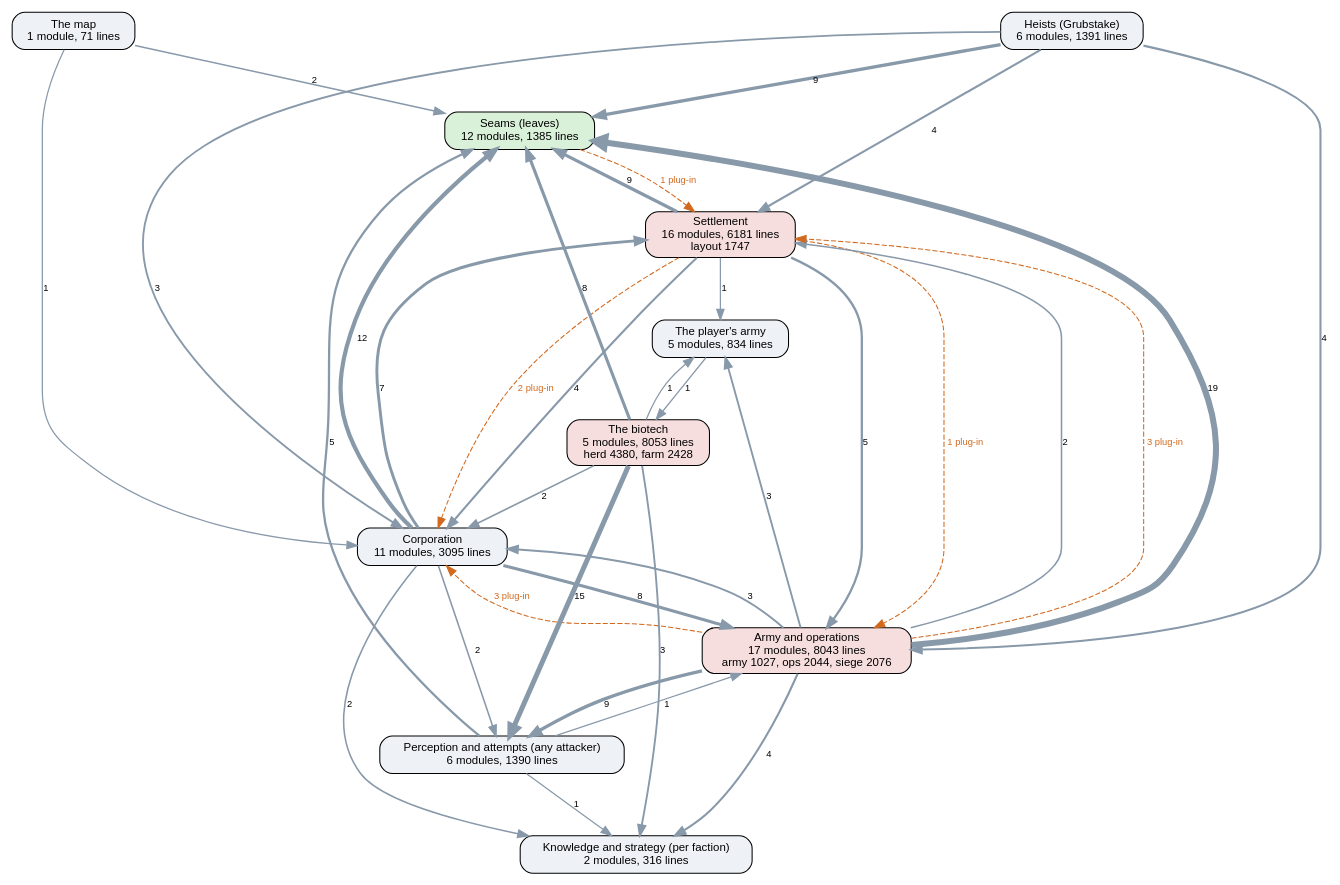
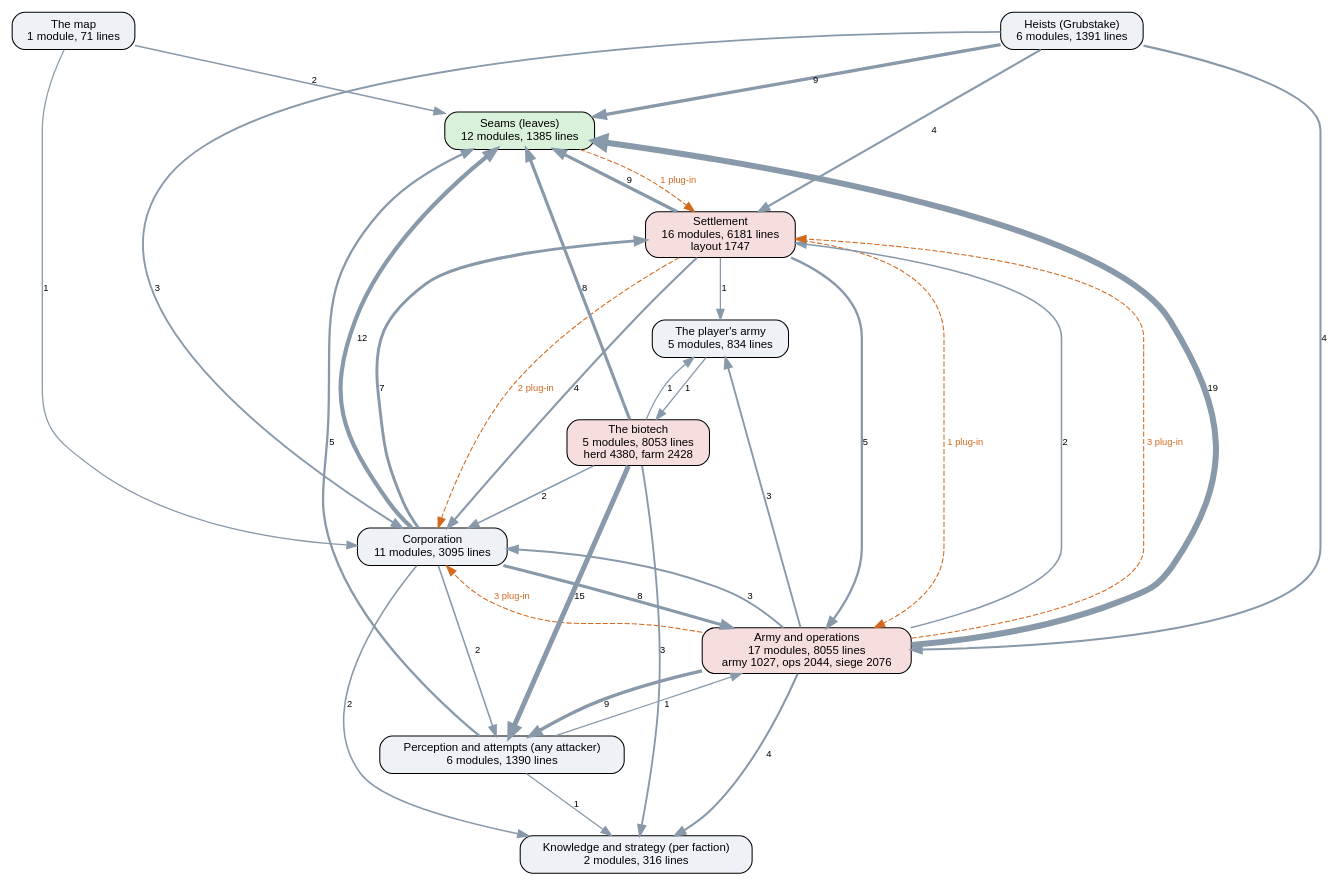
Before and after one commit to kinelhu/landing-party: the diagram in docs/ai-layers.dot, drawn with Graphviz. The commit also changed 11 other files, not shown here.

```diff
--- a/docs/ai-layers.dot
+++ b/docs/ai-layers.dot
@@ -1,50 +1,50 @@
 digraph layers {
   graph [rankdir=TB, fontname="Helvetica", nodesep=0.5, ranksep=0.7];
   node [shape=box, style="rounded,filled", fontname="Helvetica", fontsize=11, fillcolor="#eef2f7"];
   edge [color="#8899aa", fontname="Helvetica", fontsize=9];
   "Seams (leaves)" [label="Seams (leaves)\n12 modules, 1385 lines", fillcolor="#d9f0d9"];
   "Perception and attempts (any attacker)" [label="Perception and attempts (any attacker)\n6 modules, 1390 lines", fillcolor="#eef2f7"];
   "Knowledge and strategy (per faction)" [label="Knowledge and strategy (per faction)\n2 modules, 316 lines", fillcolor="#eef2f7"];
   "Corporation" [label="Corporation\n11 modules, 3095 lines", fillcolor="#eef2f7"];
   "Settlement" [label="Settlement\n16 modules, 6181 lines\nlayout 1747", fillcolor="#f7dede"];
-  "Army and operations" [label="Army and operations\n17 modules, 8043 lines\narmy 1027, ops 2044, siege 2076", fillcolor="#f7dede"];
+  "Army and operations" [label="Army and operations\n17 modules, 8055 lines\narmy 1027, ops 2044, siege 2076", fillcolor="#f7dede"];
   "Heists (Grubstake)" [label="Heists (Grubstake)\n6 modules, 1391 lines", fillcolor="#eef2f7"];
   "The biotech" [label="The biotech\n5 modules, 8053 lines\nherd 4380, farm 2428", fillcolor="#f7dede"];
   "The map" [label="The map\n1 module, 71 lines", fillcolor="#eef2f7"];
   "The player's army" [label="The player's army\n5 modules, 834 lines", fillcolor="#eef2f7"];
   "Army and operations" -> "Corporation" [label="3", penwidth=1.8];
   "Army and operations" -> "Knowledge and strategy (per faction)" [label="4", penwidth=2.0];
   "Army and operations" -> "Perception and attempts (any attacker)" [label="9", penwidth=3.2];
   "Army and operations" -> "Seams (leaves)" [label="19", penwidth=5.8];
   "Army and operations" -> "Settlement" [label="2", penwidth=1.5];
   "Army and operations" -> "The player's army" [label="3", penwidth=1.8];
   "Corporation" -> "Army and operations" [label="8", penwidth=3.0];
   "Corporation" -> "Knowledge and strategy (per faction)" [label="2", penwidth=1.5];
   "Corporation" -> "Perception and attempts (any attacker)" [label="2", penwidth=1.5];
   "Corporation" -> "Seams (leaves)" [label="12", penwidth=4.0];
   "Corporation" -> "Settlement" [label="7", penwidth=2.8];
   "Heists (Grubstake)" -> "Army and operations" [label="4", penwidth=2.0];
   "Heists (Grubstake)" -> "Corporation" [label="3", penwidth=1.8];
   "Heists (Grubstake)" -> "Seams (leaves)" [label="9", penwidth=3.2];
   "Heists (Grubstake)" -> "Settlement" [label="4", penwidth=2.0];
   "Perception and attempts (any attacker)" -> "Army and operations" [label="1", penwidth=1.2];
   "Perception and attempts (any attacker)" -> "Knowledge and strategy (per faction)" [label="1", penwidth=1.2];
   "Perception and attempts (any attacker)" -> "Seams (leaves)" [label="5", penwidth=2.2];
   "Settlement" -> "Army and operations" [label="5", penwidth=2.2];
   "Settlement" -> "Corporation" [label="4", penwidth=2.0];
   "Settlement" -> "Seams (leaves)" [label="9", penwidth=3.2];
   "Settlement" -> "The player's army" [label="1", penwidth=1.2];
   "The biotech" -> "Corporation" [label="2", penwidth=1.5];
   "The biotech" -> "Knowledge and strategy (per faction)" [label="3", penwidth=1.8];
   "The biotech" -> "Perception and attempts (any attacker)" [label="15", penwidth=4.8];
   "The biotech" -> "Seams (leaves)" [label="8", penwidth=3.0];
   "The biotech" -> "The player's army" [label="1", penwidth=1.2];
   "The map" -> "Corporation" [label="1", penwidth=1.2];
   "The map" -> "Seams (leaves)" [label="2", penwidth=1.5];
   "The player's army" -> "The biotech" [label="1", penwidth=1.2];
   "Army and operations" -> "Corporation" [style=dashed, color="#d2691e", fontcolor="#d2691e", label="3 plug-in"];
   "Army and operations" -> "Settlement" [style=dashed, color="#d2691e", fontcolor="#d2691e", label="3 plug-in"];
   "Seams (leaves)" -> "Settlement" [style=dashed, color="#d2691e", fontcolor="#d2691e", label="1 plug-in"];
   "Settlement" -> "Army and operations" [style=dashed, color="#d2691e", fontcolor="#d2691e", label="1 plug-in"];
   "Settlement" -> "Corporation" [style=dashed, color="#d2691e", fontcolor="#d2691e", label="2 plug-in"];
 }
```
